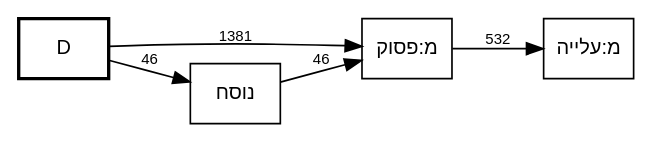
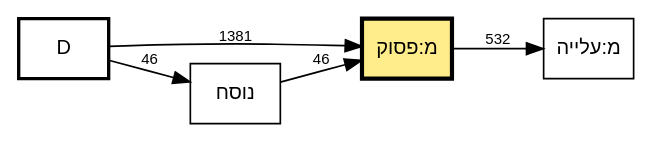
The diagram in out/MAM-tmpl-survey/plus-pasuk-call-graph.dot (bdenckla/MAM-basics), drawn with Graphviz before and after one commit. The commit also changed 11 other files, not shown here.

First line of the commit message:
Highlight focus node in focused template call graphs

```diff
--- a/out/MAM-tmpl-survey/plus-pasuk-call-graph.dot
+++ b/out/MAM-tmpl-survey/plus-pasuk-call-graph.dot
@@ -1,21 +1,22 @@
 // This file was generated by MAM-basics/py/main_tmpl_survey.py.
 // Do not edit by hand.
 digraph template_call_graph {
     rankdir=LR;
     node [fontname="SBL Hebrew,Helvetica", fontsize=12];
     edge [fontname="Helvetica", fontsize=9];
     graph [comment="This file was generated by MAM-basics/py/main_tmpl_survey.py."];
 
     // Column nodes
     node [shape=box, style=bold];
     "D";
 
     // Template nodes
     node [shape=box, style=""];
+    "מ:פסוק" [fillcolor="lightgoldenrod1", style="filled", penwidth=2.5];
 
     // Edges
     "D" -> "מ:פסוק" [label="1381"];
     "D" -> "נוסח" [label="46"];
     "מ:פסוק" -> "מ:עלייה" [label="532"];
     "נוסח" -> "מ:פסוק" [label="46"];
 }
```
